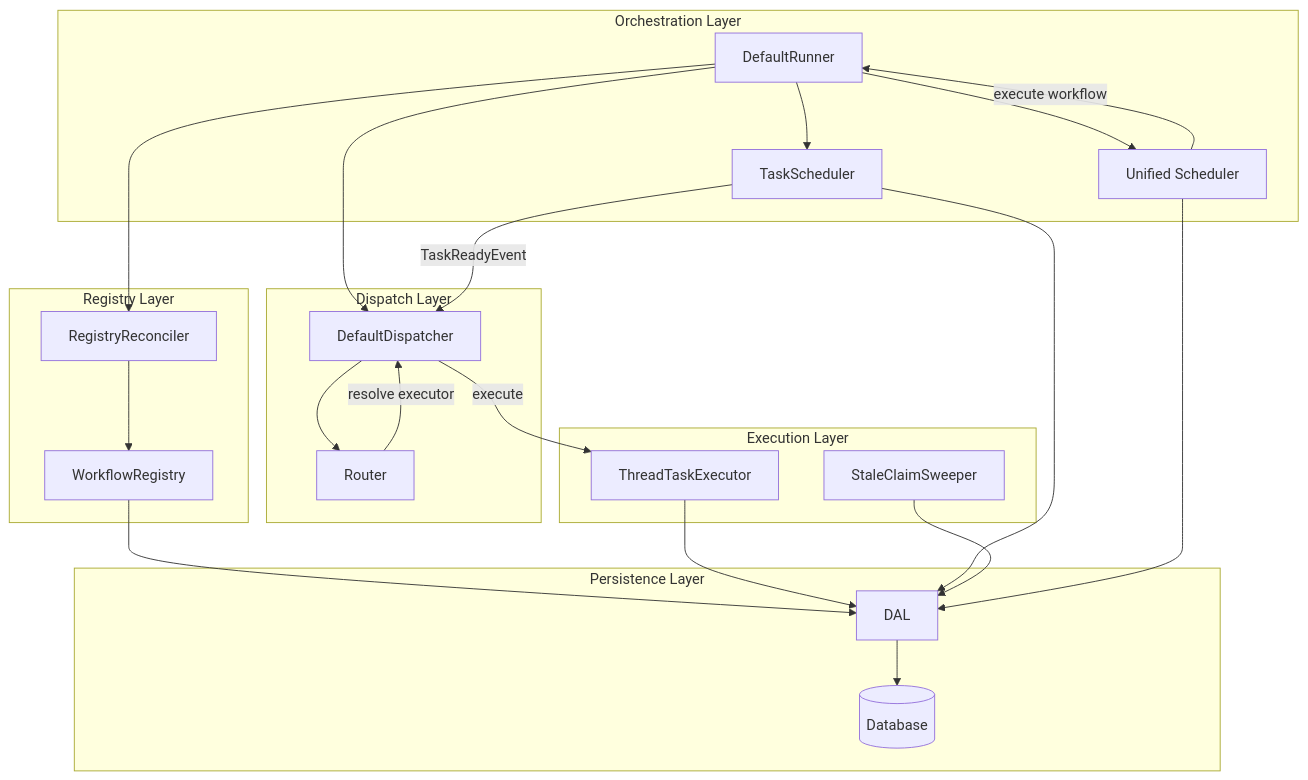
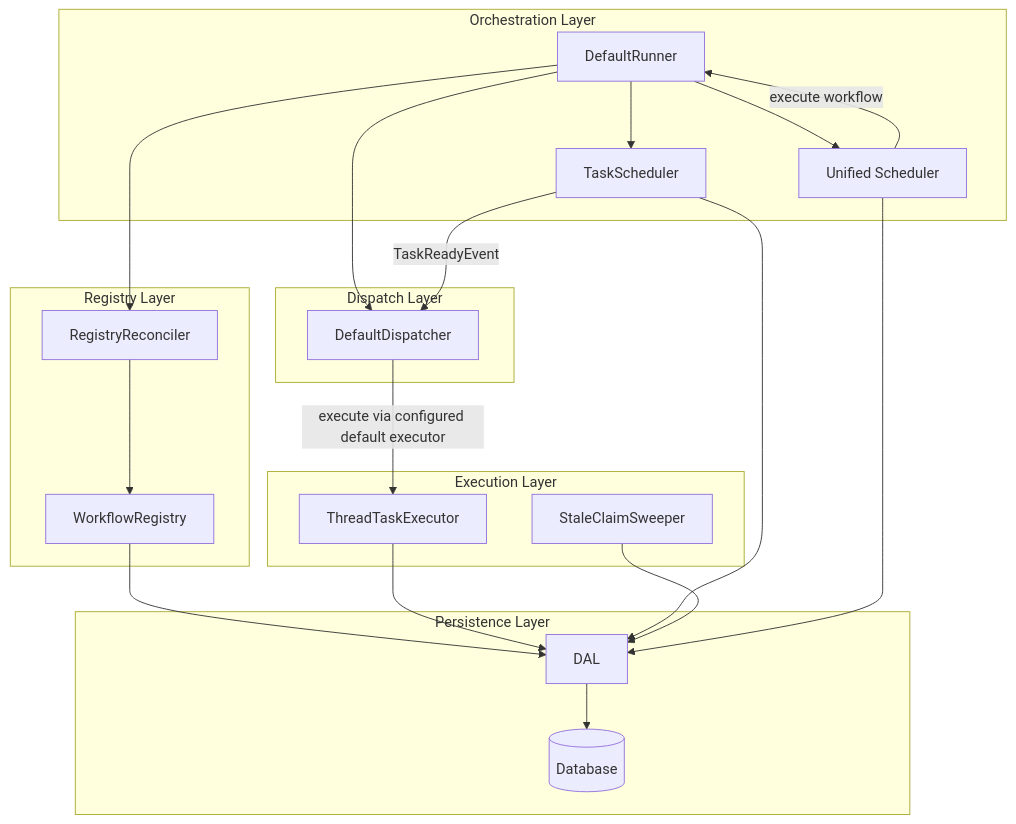
The first of 3 diagrams in docs/content/workflows/explanation/architecture-overview.md (colliery-io/cloacina), drawn with Mermaid before and after one commit. The commit also changed other lines of this file and 30 other files, not shown here.

````diff
--- a/docs/content/workflows/explanation/architecture-overview.md
+++ b/docs/content/workflows/explanation/architecture-overview.md
@@ -68,48 +68,45 @@
 ```mermaid
 graph TB
     subgraph "Orchestration Layer"
         DR[DefaultRunner]
         TS[TaskScheduler]
         US[Unified Scheduler]
     end
 
     subgraph "Dispatch Layer"
         DD[DefaultDispatcher]
-        R[Router]
     end
 
     subgraph "Execution Layer"
         TTE[ThreadTaskExecutor]
         SCS[StaleClaimSweeper]
     end
 
     subgraph "Registry Layer"
         WR[WorkflowRegistry]
         RR[RegistryReconciler]
     end
 
     subgraph "Persistence Layer"
         DAL[DAL]
         DB[(Database)]
     end
 
     DR --> TS
     DR --> US
     DR --> DD
     DR --> RR
 
     TS -->|TaskReadyEvent| DD
-    DD --> R
-    R -->|resolve executor| DD
-    DD -->|execute| TTE
+    DD -->|execute via configured default executor| TTE
 
     US -->|execute workflow| DR
     RR --> WR
     WR --> DAL
 
     TTE --> DAL
     TS --> DAL
     SCS --> DAL
     US --> DAL
     DAL --> DB
 ```
````
